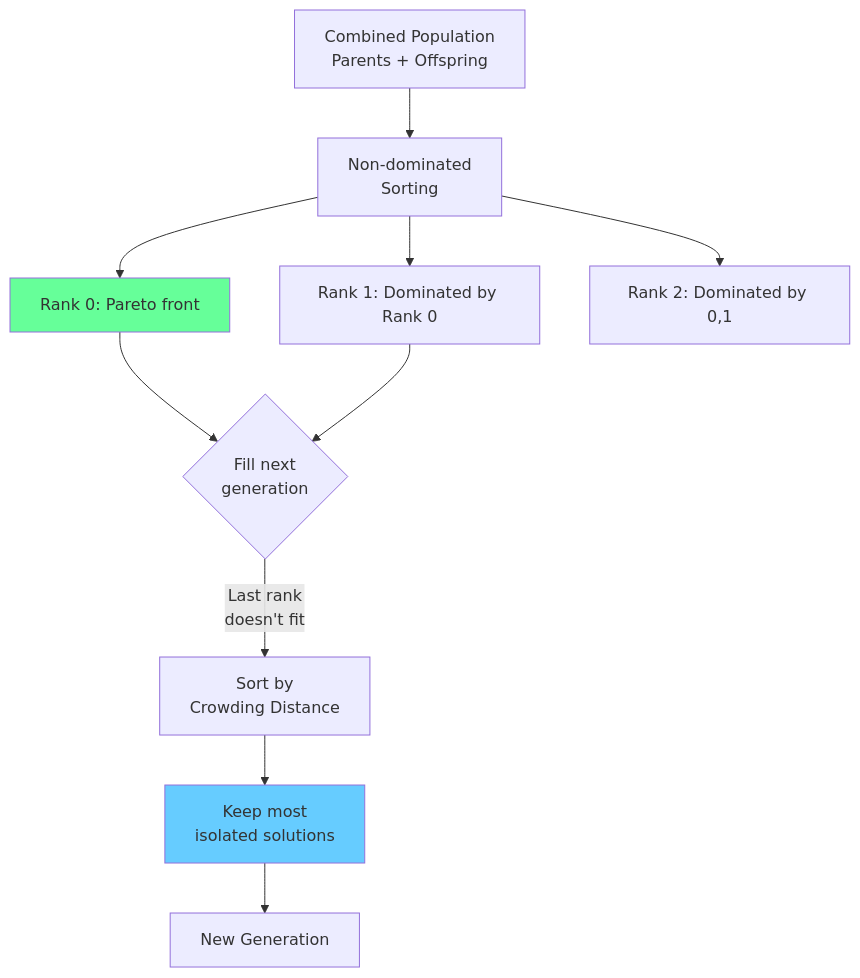
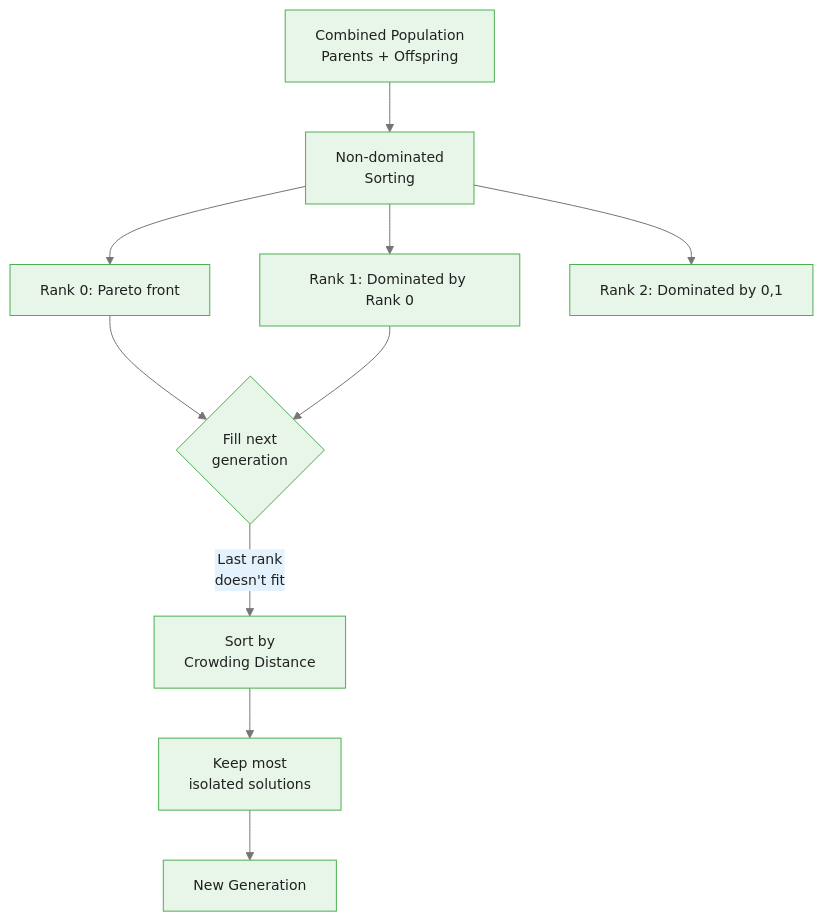
One commit to m-deane/course-creator changed the third of 4 diagrams in courses/genetic-algorithms-feature-selection/modules/module_02_fitness/guides/03_multi_objective_slides.md. Above: the diagram before and after it, drawn with Mermaid. The commit also changed other lines of this file and 52 other files, not shown here.

````diff
--- a/courses/genetic-algorithms-feature-selection/modules/module_02_fitness/guides/03_multi_objective_slides.md
+++ b/courses/genetic-algorithms-feature-selection/modules/module_02_fitness/guides/03_multi_objective_slides.md
@@ -226,14 +222,13 @@
 ```mermaid
+%%{init: {"theme": "base", "themeVariables": {"primaryColor": "#e8f5e9", "primaryBorderColor": "#4caf50", "primaryTextColor": "#212121", "secondaryColor": "#e3f2fd", "tertiaryColor": "#fff8e1", "lineColor": "#757575", "fontFamily": "Inter, sans-serif", "fontSize": "14px"}}}%%
 flowchart TD
     A["Combined Population<br/>Parents + Offspring"] --> B["Non-dominated<br/>Sorting"]
     B --> C["Rank 0: Pareto front"]
     B --> D["Rank 1: Dominated by Rank 0"]
     B --> E["Rank 2: Dominated by 0,1"]
     C --> F{"Fill next<br/>generation"}
     D --> F
     F -->|"Last rank<br/>doesn't fit"| G["Sort by<br/>Crowding Distance"]
     G --> H["Keep most<br/>isolated solutions"]
     H --> I["New Generation"]
-    style C fill:#6f9
-    style H fill:#6cf
 ```
````
